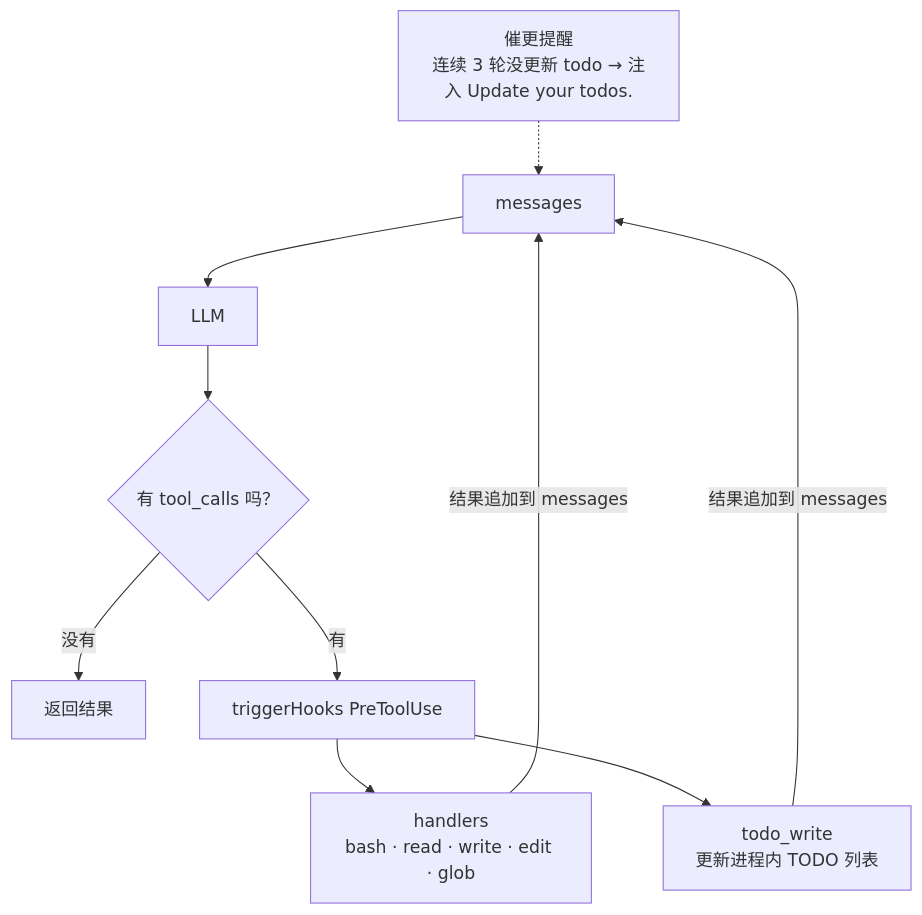
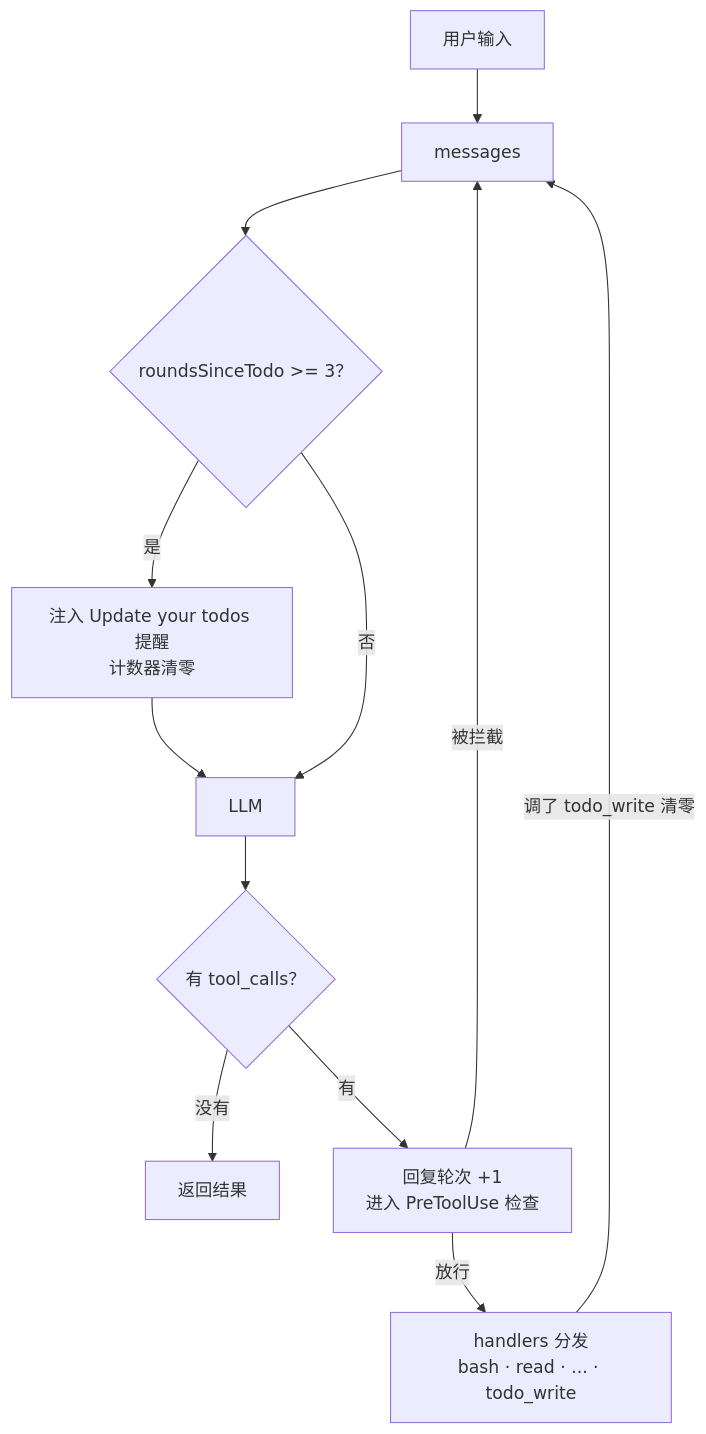
The diagram in code-agent-course/s05-todo-write.md (shengxinjing/build-your-agent), drawn with Mermaid before and after one commit. The commit also changed other lines of this file and 11 other files, not shown here.

````diff
--- a/code-agent-course/s05-todo-write.md
+++ b/code-agent-course/s05-todo-write.md
@@ -23,12 +15,13 @@
 ```mermaid
 flowchart TD
-  M["messages"] --> L["LLM"]
-  L --> Q{"有 tool_calls 吗？"}
+  U["用户输入"] --> M["messages"]
+  M --> CHK{"roundsSinceTodo >= 3？"}
+  CHK -->|是| REM["注入 Update your todos 提醒<br/>计数器清零"] --> L["LLM"]
+  CHK -->|否| L
+  L --> Q{"有 tool_calls？"}
   Q -->|没有| R["返回结果"]
-  Q -->|有| PRE["triggerHooks PreToolUse"]
-  PRE --> H["handlers<br/>bash · read · write · edit · glob"]
-  PRE --> TD2["todo_write<br/>更新进程内 TODO 列表"]
-  H -->|结果追加到 messages| M
-  TD2 -->|结果追加到 messages| M
-  NAG["催更提醒<br/>连续 3 轮没更新 todo → 注入 Update your todos."] -.-> M
+  Q -->|有| CNT["回复轮次 +1<br/>进入 PreToolUse 检查"]
+  CNT -->|被拦截| M
+  CNT -->|放行| H["handlers 分发<br/>bash · read · ... · todo_write"]
+  H -->|调了 todo_write 清零| M
 ```
````
